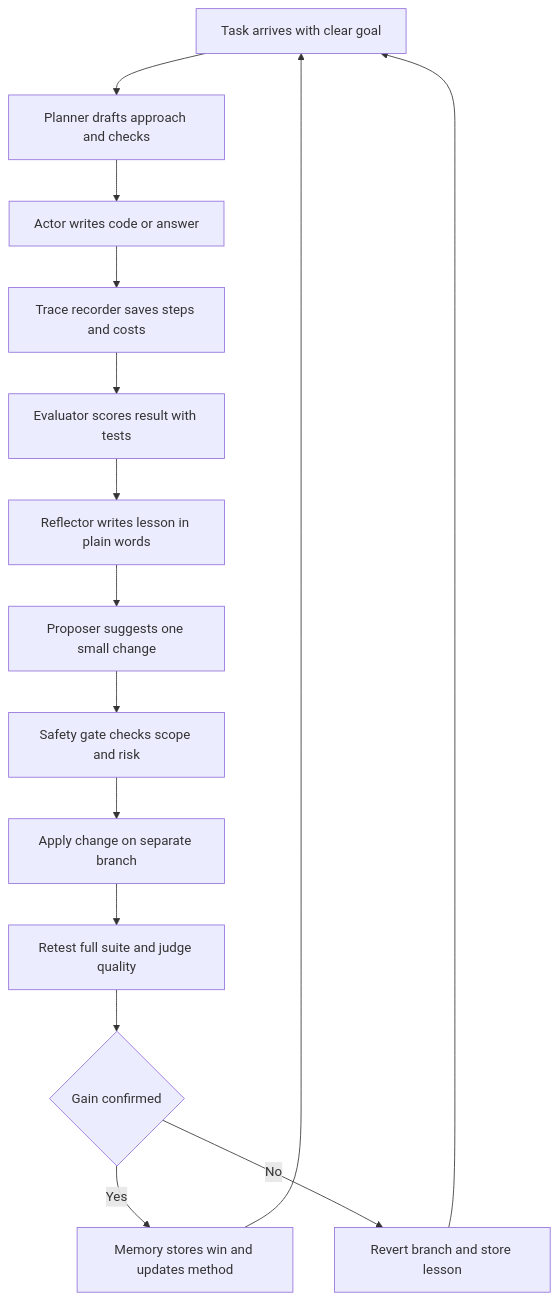
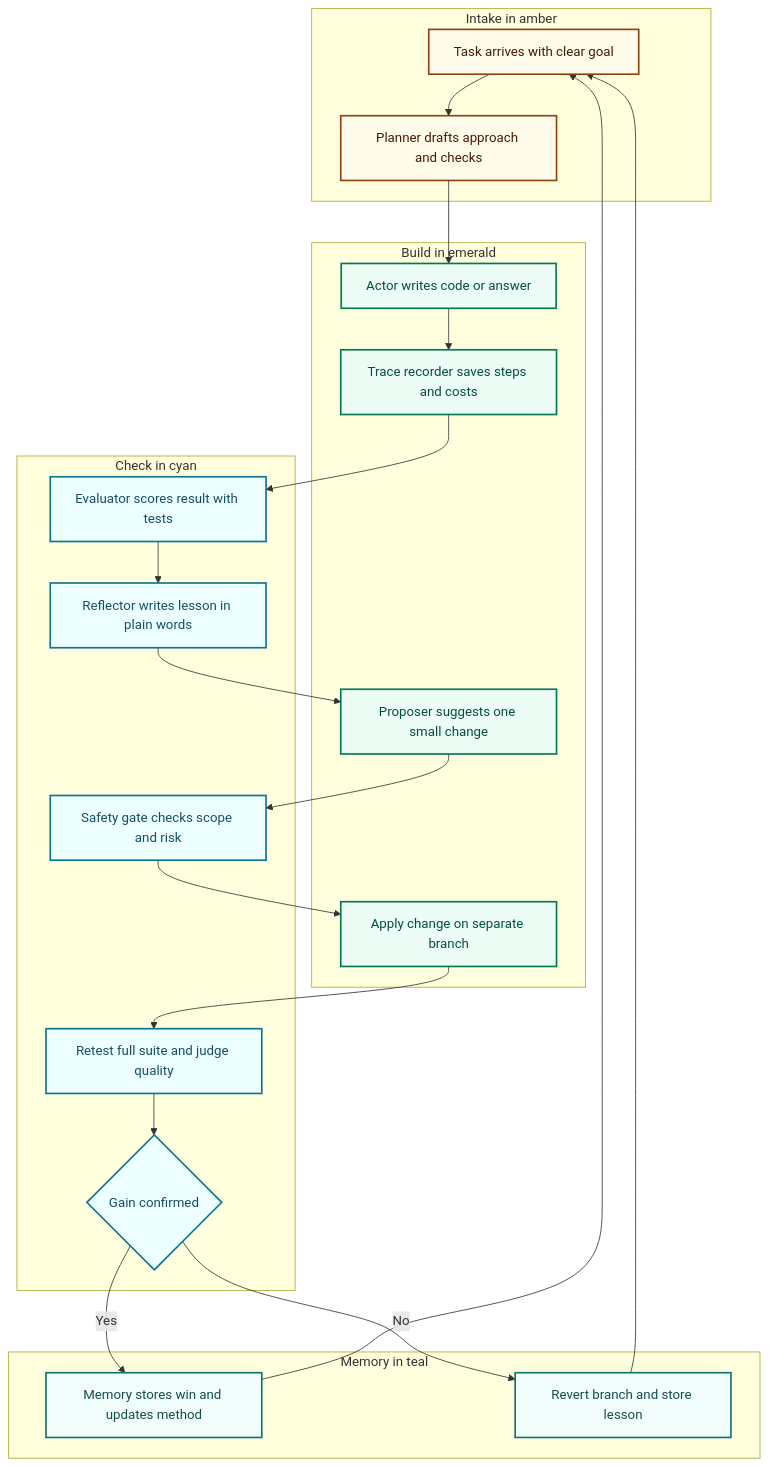
The first of 3 diagrams in README.md (aniruddhaadak80/RSI), drawn with Mermaid before and after one commit. The commit also changed other lines of this file and 9 other files, not shown here.

Commit message:
Clickable paper links plus colored flowcharts plus nav fixes plus live shots

````diff
--- a/README.md
+++ b/README.md
@@ -39,17 +39,47 @@
 ```mermaid
 flowchart TD
-  Task[Task arrives with clear goal] --> Plan[Planner drafts approach and checks]
-  Plan --> Act[Actor writes code or answer]
-  Act --> Trace[Trace recorder saves steps and costs]
-  Trace --> Eval[Evaluator scores result with tests]
-  Eval --> Reflect[Reflector writes lesson in plain words]
-  Reflect --> Propose[Proposer suggests one small change]
-  Propose --> Gate[Safety gate checks scope and risk]
-  Gate --> Apply[Apply change on separate branch]
-  Apply --> Retest[Retest full suite and judge quality]
-  Retest --> Keep{Gain confirmed}
-  Keep -->|Yes| Memory[Memory stores win and updates method]
-  Keep -->|No| Revert[Revert branch and store lesson]
+  subgraph Intake [Intake in amber]
+    Task[Task arrives with clear goal]
+    Plan[Planner drafts approach and checks]
+  end
+  subgraph Build [Build in emerald]
+    Act[Actor writes code or answer]
+    Trace[Trace recorder saves steps and costs]
+    Propose[Proposer suggests one small change]
+    Apply[Apply change on separate branch]
+  end
+  subgraph Check [Check in cyan]
+    Eval[Evaluator scores result with tests]
+    Reflect[Reflector writes lesson in plain words]
+    Gate[Safety gate checks scope and risk]
+    Retest[Retest full suite and judge quality]
+    Keep{Gain confirmed}
+  end
+  subgraph KeepWin [Memory in teal]
+    Memory[Memory stores win and updates method]
+    Revert[Revert branch and store lesson]
+  end
+  Task --> Plan
+  Plan --> Act
+  Act --> Trace
+  Trace --> Eval
+  Eval --> Reflect
+  Reflect --> Propose
+  Propose --> Gate
+  Gate --> Apply
+  Apply --> Retest
+  Retest --> Keep
+  Keep -->|Yes| Memory
+  Keep -->|No| Revert
   Memory --> Task
   Revert --> Task
+  classDef amber fill:#fffbeb,stroke:#92400e,stroke-width:2px,color:#451a03
+  classDef emerald fill:#ecfdf5,stroke:#047857,stroke-width:2px,color:#064e3b
+  classDef cyan fill:#ecfeff,stroke:#0e7490,stroke-width:2px,color:#164e63
+  classDef teal fill:#f0fdfa,stroke:#0f766e,stroke-width:2px,color:#134e4a
+  classDef slate fill:#f1f5f9,stroke:#0f172a,stroke-width:2px,color:#0f172a
+  class Task,Plan amber
+  class Act,Trace,Propose,Apply emerald
+  class Eval,Reflect,Gate,Retest,Keep cyan
+  class Memory,Revert teal
 ```
````
